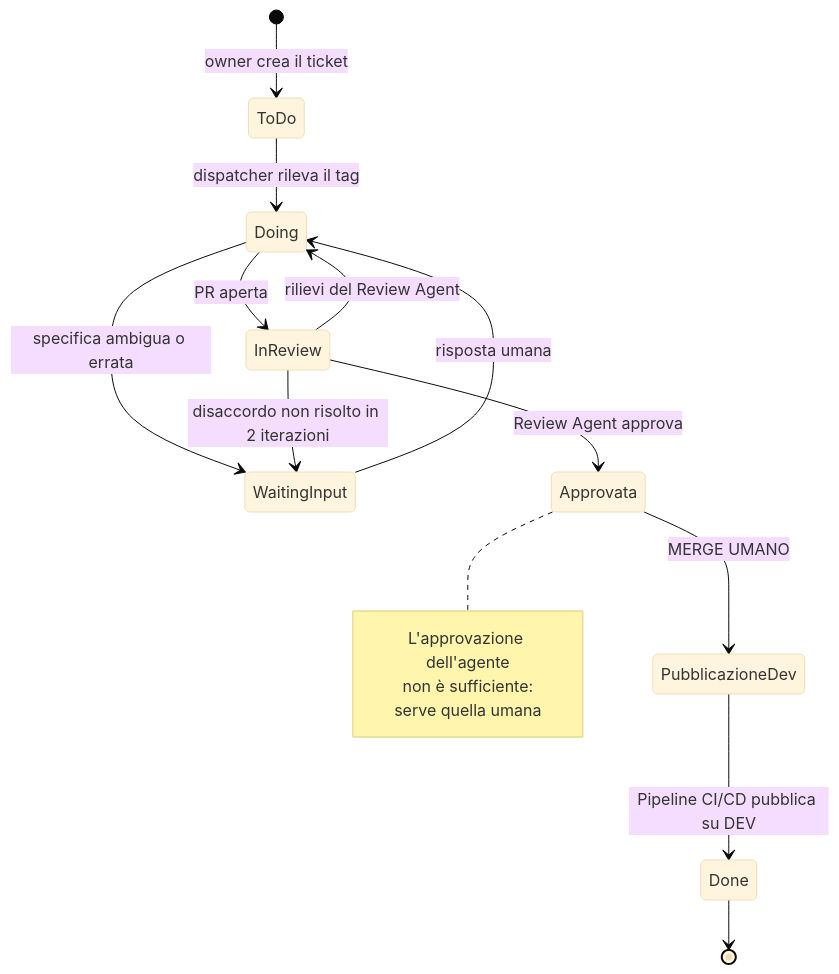
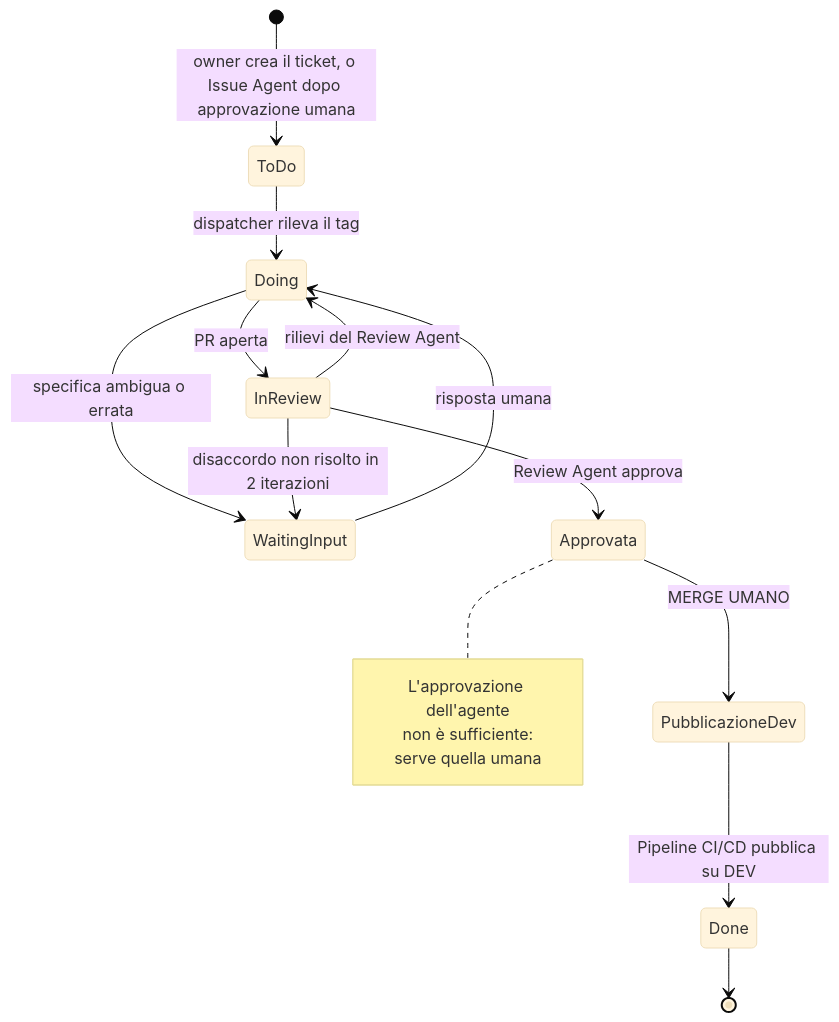
The diagram in docs/functional/01-ciclo-di-vita-ticket.md (alessioandriuloagic/fabric-agentic), drawn with Mermaid (base theme) before and after one commit.

Commit message:
fix(docs): align ticket state diagram with issue agent

````diff
--- a/docs/functional/01-ciclo-di-vita-ticket.md
+++ b/docs/functional/01-ciclo-di-vita-ticket.md
@@ -137,20 +137,20 @@
 ```mermaid
 stateDiagram-v2
-    [*] --> ToDo: owner crea il ticket
+    [*] --> ToDo: owner crea il ticket, o Issue Agent dopo approvazione umana
     ToDo --> Doing: dispatcher rileva il tag
     Doing --> WaitingInput: specifica ambigua o errata
     WaitingInput --> Doing: risposta umana
     Doing --> InReview: PR aperta
     InReview --> Doing: rilievi del Review Agent
     InReview --> WaitingInput: disaccordo non risolto in 2 iterazioni
     InReview --> Approvata: Review Agent approva
     Approvata --> PubblicazioneDev: MERGE UMANO
     PubblicazioneDev --> Done: Pipeline CI/CD pubblica su DEV
     Done --> [*]
 
     note right of Approvata
         L'approvazione dell'agente
         non è sufficiente:
         serve quella umana
     end note
 ```
````
